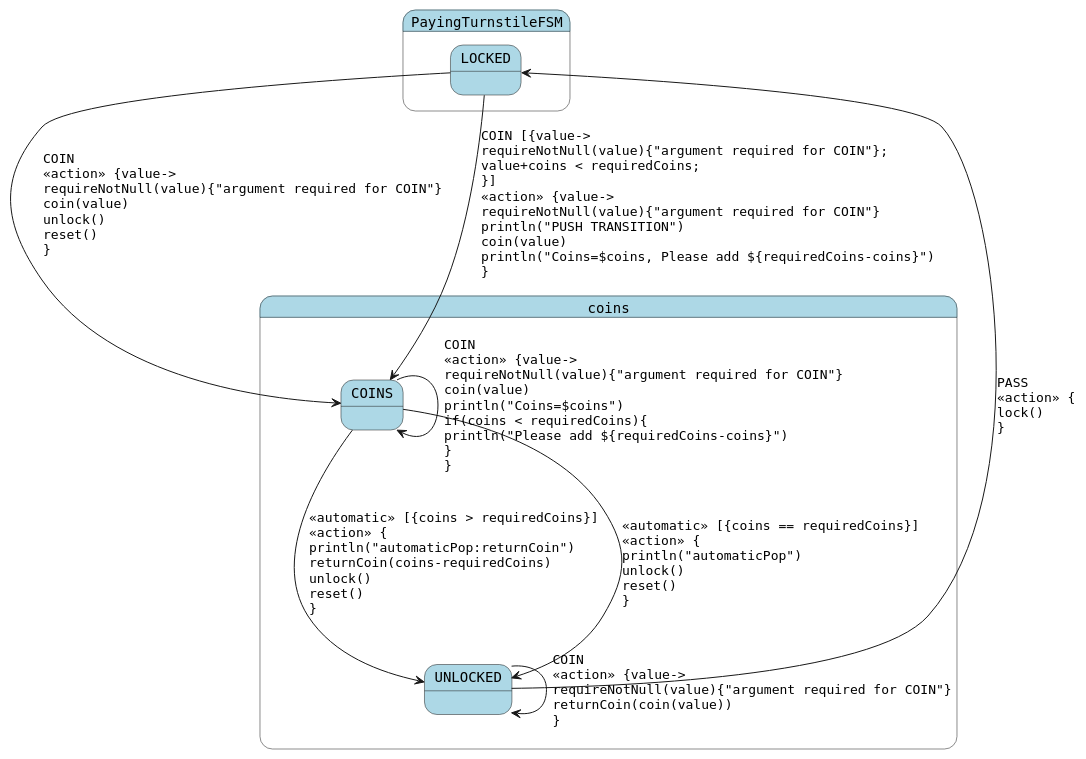
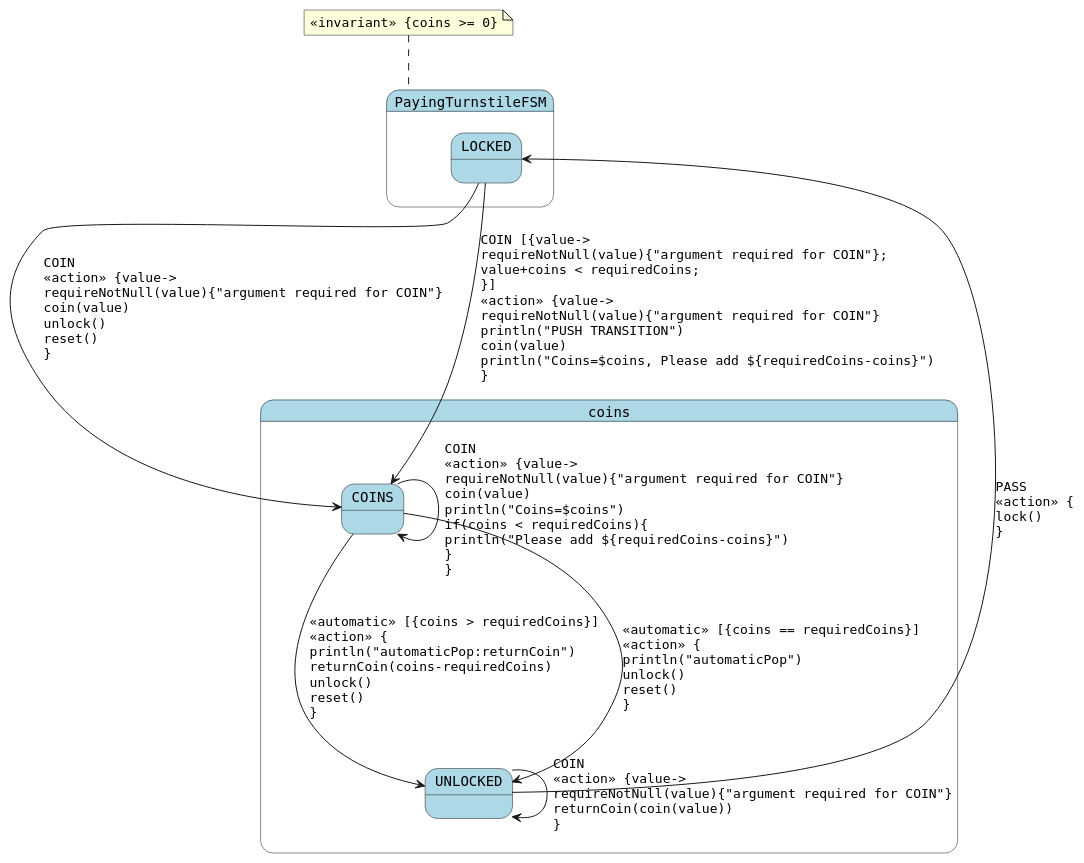
One commit to open-jumpco/kfsm changed the diagram in generated/paying-turnstile-detail.plantuml. Above: the diagram before and after it, drawn with PlantUML. The commit also changed 19 other files, not shown here.

```diff
--- a/generated/paying-turnstile-detail.plantuml
+++ b/generated/paying-turnstile-detail.plantuml
@@ -1,18 +1,21 @@
 @startuml
 skinparam StateFontName Helvetica
 skinparam defaultFontName Monospaced
 skinparam state {
     BackgroundColor LightBlue
 }
 state coins {
 COINS --> UNLOCKED : <<automatic>> [{coins > requiredCoins}]\l<<action>> {\lprintln("automaticPop:returnCoin")\lreturnCoin(coins-requiredCoins)\lunlock()\lreset()\l}
 COINS --> UNLOCKED : <<automatic>> [{coins == requiredCoins}]\l<<action>> {\lprintln("automaticPop")\lunlock()\lreset()\l}
 COINS --> COINS : COIN\l<<action>> {value->\lrequireNotNull(value){"argument required for COIN"}\lcoin(value)\lprintln("Coins=$coins")\lif(coins < requiredCoins){\lprintln("Please add ${requiredCoins-coins}")\l}\l}
 }
 state PayingTurnstileFSM {
 LOCKED --> COINS : COIN\l<<action>> {value->\lrequireNotNull(value){"argument required for COIN"}\lcoin(value)\lunlock()\lreset()\l}
 LOCKED --> COINS : COIN [{value->\lrequireNotNull(value){"argument required for COIN"};\lvalue+coins < requiredCoins;\l}]\l<<action>> {value->\lrequireNotNull(value){"argument required for COIN"}\lprintln("PUSH TRANSITION")\lcoin(value)\lprintln("Coins=$coins, Please add ${requiredCoins-coins}")\l}
 UNLOCKED --> UNLOCKED : COIN\l<<action>> {value->\lrequireNotNull(value){"argument required for COIN"}\lreturnCoin(coin(value))\l}
 UNLOCKED --> LOCKED : PASS\l<<action>> {\llock()\l}
 }
+note top of PayingTurnstileFSM
+<<invariant>> {coins >= 0}
+end note
 @enduml
```
